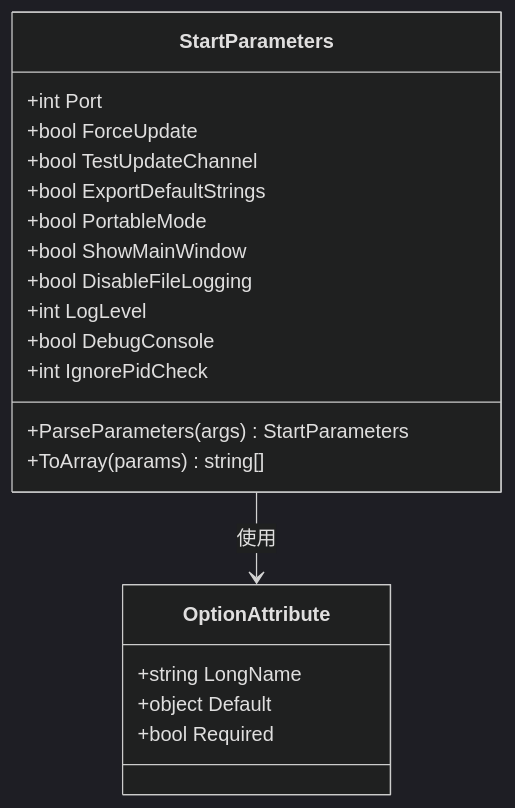
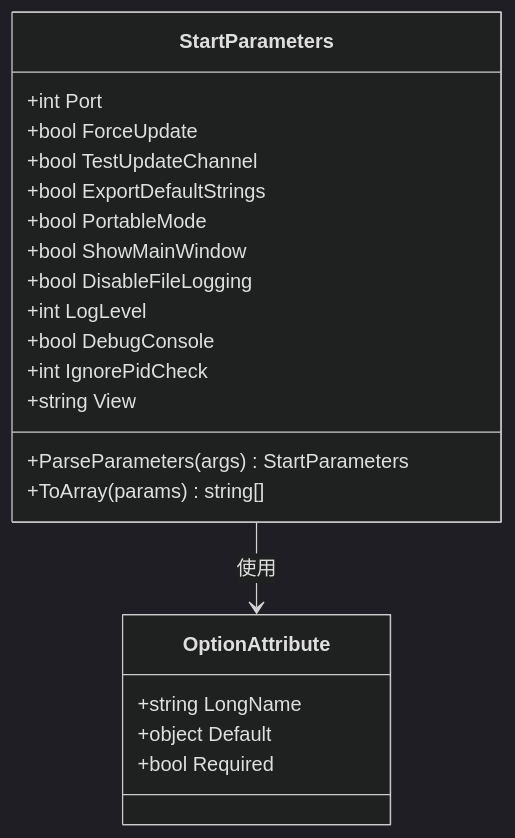
Before and after one commit to tea4go/Macro-Deck: the third of 9 diagrams in .qoder/repowiki/zh/content/配置管理系统/启动配置管理.md, drawn with Mermaid (dark theme). The commit also changed other lines of this file and 5 other files, not shown here.

````diff
--- a/.qoder/repowiki/zh/content/配置管理系统/启动配置管理.md
+++ b/.qoder/repowiki/zh/content/配置管理系统/启动配置管理.md
@@ -130,23 +148,24 @@
 ```mermaid
 classDiagram
 class StartParameters {
 +int Port
 +bool ForceUpdate
 +bool TestUpdateChannel
 +bool ExportDefaultStrings
 +bool PortableMode
 +bool ShowMainWindow
 +bool DisableFileLogging
 +int LogLevel
 +bool DebugConsole
 +int IgnorePidCheck
++string View
 +ParseParameters(args) StartParameters
 +ToArray(params) string[]
 }
 class OptionAttribute {
 +string LongName
 +object Default
 +bool Required
 }
 StartParameters --> OptionAttribute : 使用
 ```
````
